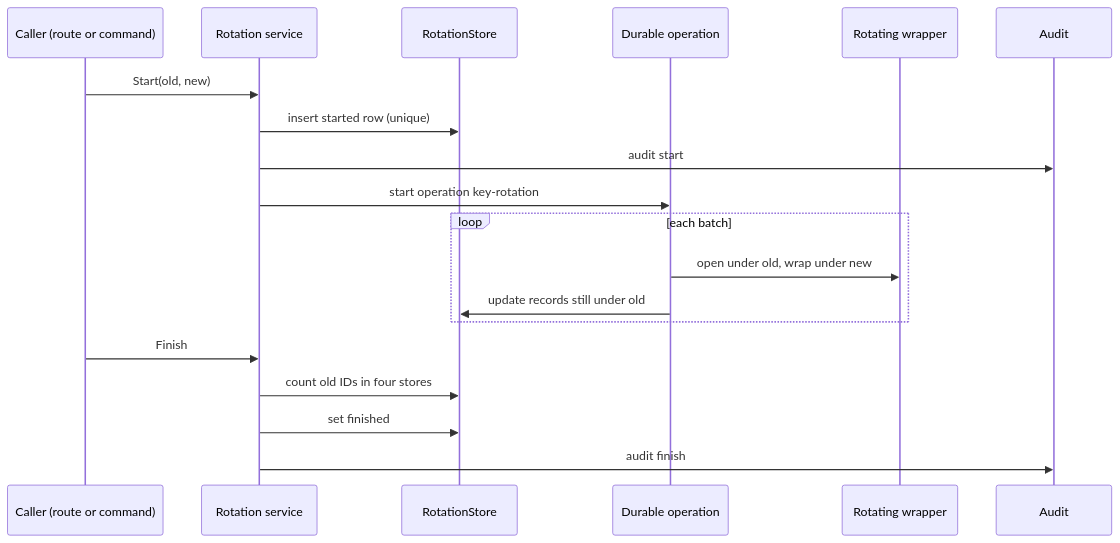
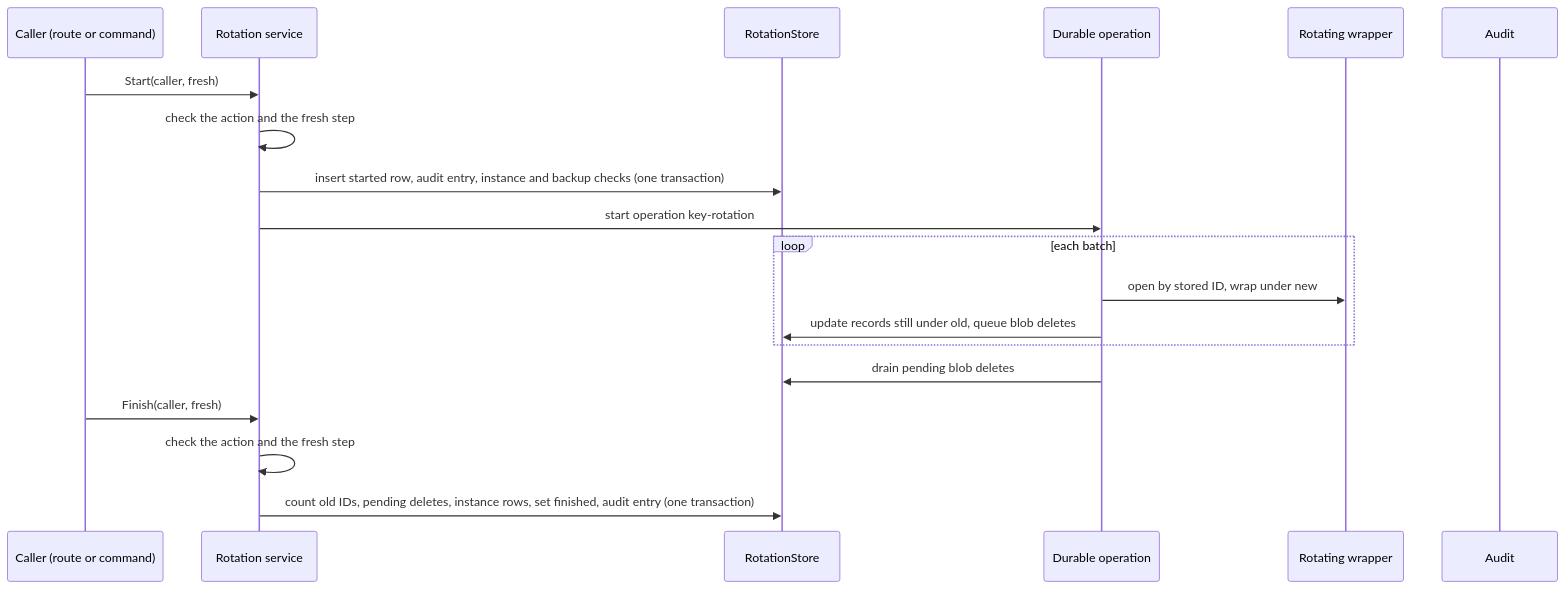
Before and after one commit to OpenDustpan/OpenDustpan: the first of 2 diagrams in openspec/changes/key-encryption-key-rotation/design.md, drawn with Mermaid. The commit also changed other lines of this file and 3 other files, not shown here.

````diff
--- a/openspec/changes/key-encryption-key-rotation/design.md
+++ b/openspec/changes/key-encryption-key-rotation/design.md
@@ -60,21 +105,21 @@
 ```mermaid
 sequenceDiagram
 participant C as Caller (route or command)
 participant S as Rotation service
 participant R as RotationStore
 participant D as Durable operation
 participant K as Rotating wrapper
 participant A as Audit
-C->>S: Start(old, new)
-S->>R: insert started row (unique)
-S->>A: audit start
+C->>S: Start(caller, fresh)
+S->>S: check the action and the fresh step
+S->>R: insert started row, audit entry, instance and backup checks (one transaction)
 S->>D: start operation key-rotation
 loop each batch
-D->>K: open under old, wrap under new
-D->>R: update records still under old
+D->>K: open by stored ID, wrap under new
+D->>R: update records still under old, queue blob deletes
 end
-C->>S: Finish
-S->>R: count old IDs in four stores
-S->>R: set finished
-S->>A: audit finish
+D->>R: drain pending blob deletes
+C->>S: Finish(caller, fresh)
+S->>S: check the action and the fresh step
+S->>R: count old IDs, pending deletes, instance rows, set finished, audit entry (one transaction)
 ```
````
